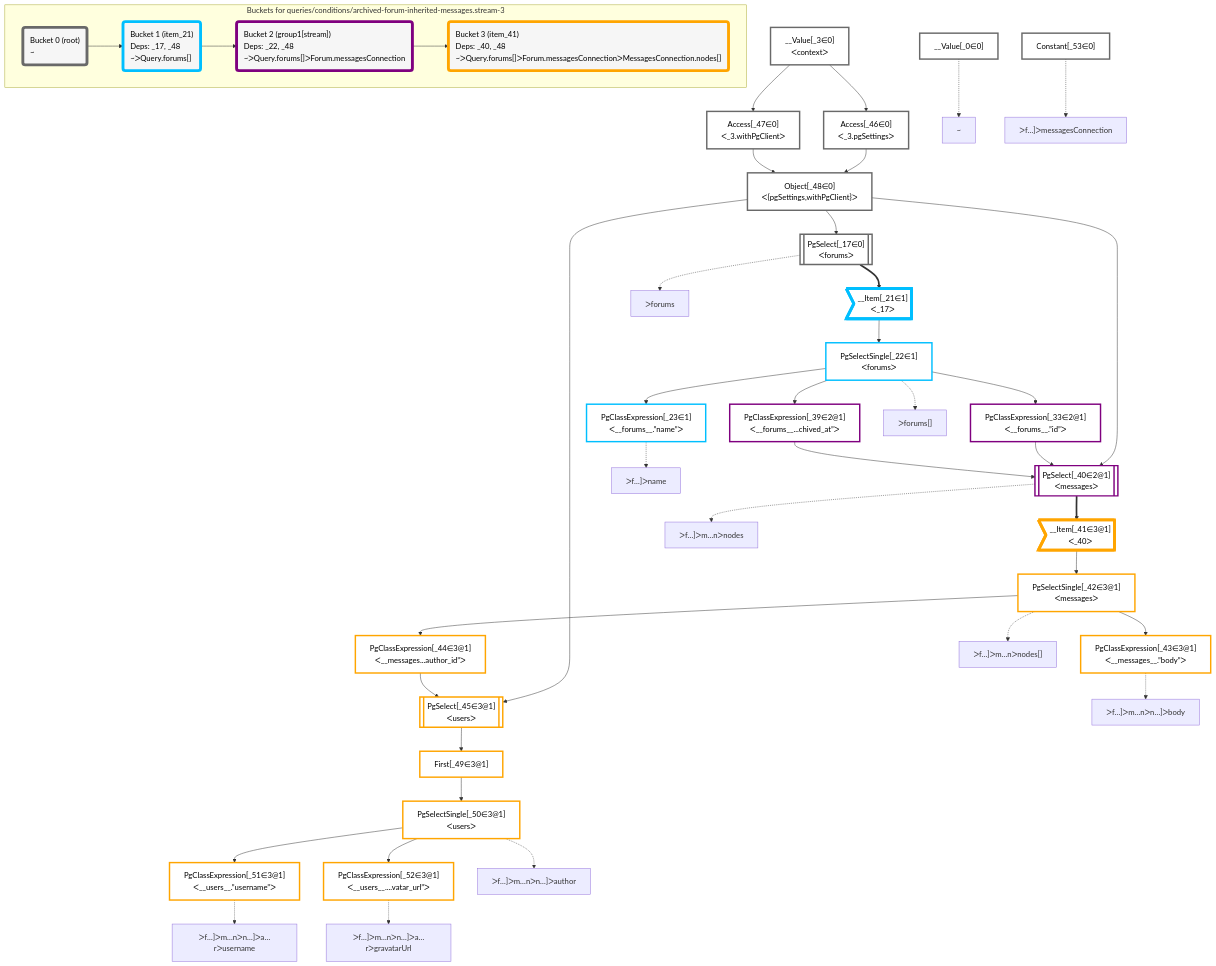
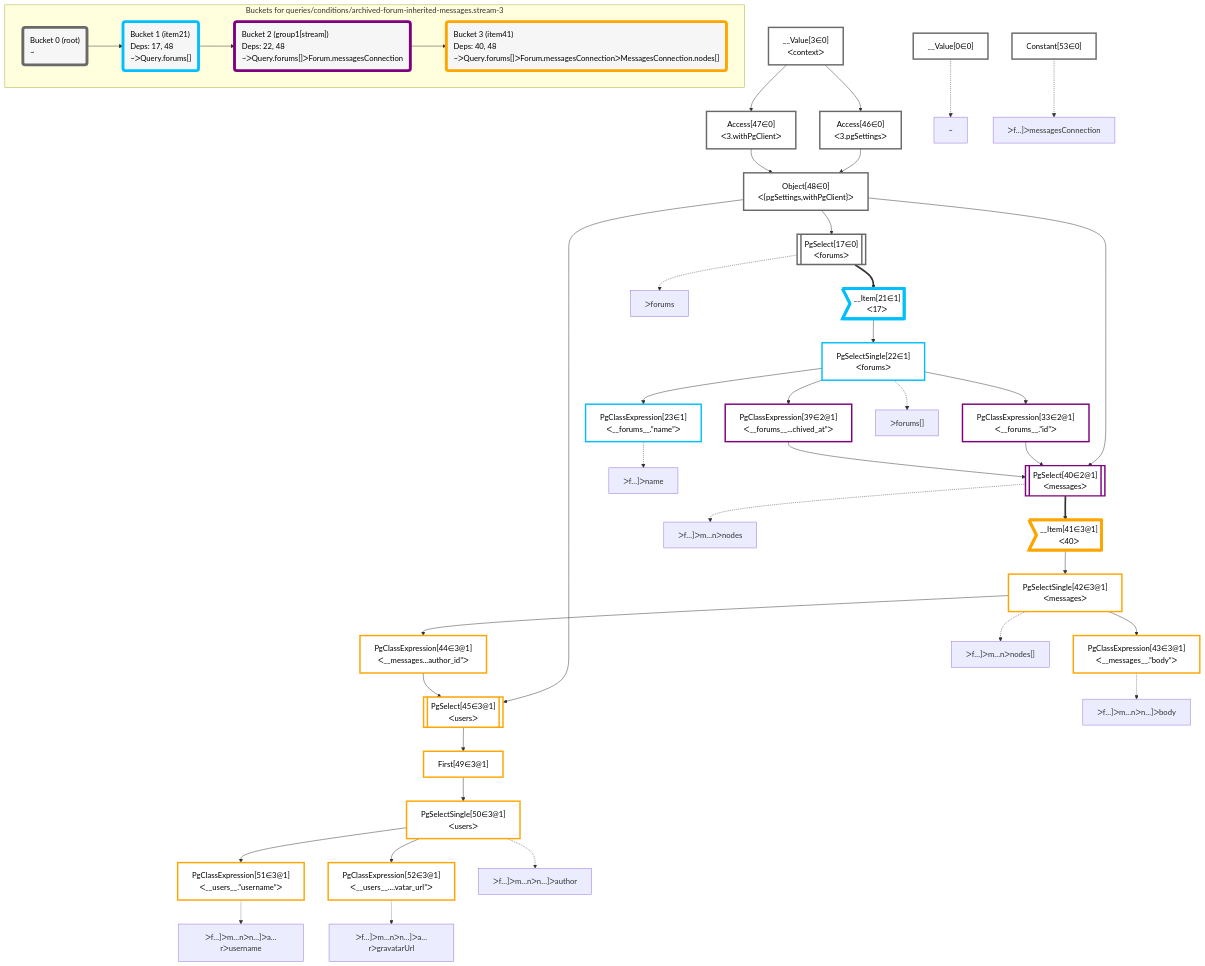
The diagram in packages/dataplan-pg/__tests__/queries/conditions/archived-forum-inherited-messages.stream-3.deopt.mermaid.md (graphile/crystal), drawn with Mermaid before and after one commit. The commit also changed 195 other files, not shown here.

```diff
--- a/packages/dataplan-pg/__tests__/queries/conditions/archived-forum-inherited-messages.stream-3.deopt.mermaid.md
+++ b/packages/dataplan-pg/__tests__/queries/conditions/archived-forum-inherited-messages.stream-3.deopt.mermaid.md
@@ -8,87 +8,87 @@
 
 
     %% define plans
-    __Value_0["__Value[_0∈0]"]:::plan
-    PgClassExpression_23["PgClassExpression[_23∈1]<br />ᐸ__forums__.”name”ᐳ"]:::plan
-    PgClassExpression_43["PgClassExpression[_43∈3@1]<br />ᐸ__messages__.”body”ᐳ"]:::plan
-    PgClassExpression_51["PgClassExpression[_51∈3@1]<br />ᐸ__users__.”username”ᐳ"]:::plan
-    PgClassExpression_52["PgClassExpression[_52∈3@1]<br />ᐸ__users__....vatar_url”ᐳ"]:::plan
-    PgSelectSingle_50["PgSelectSingle[_50∈3@1]<br />ᐸusersᐳ"]:::plan
-    First_49["First[_49∈3@1]"]:::plan
-    PgSelect_45[["PgSelect[_45∈3@1]<br />ᐸusersᐳ"]]:::plan
-    PgClassExpression_44["PgClassExpression[_44∈3@1]<br />ᐸ__messages...author_id”ᐳ"]:::plan
-    PgSelectSingle_42["PgSelectSingle[_42∈3@1]<br />ᐸmessagesᐳ"]:::plan
-    __Item_41>"__Item[_41∈3@1]<br />ᐸ_40ᐳ"]:::itemplan
-    PgSelect_40[["PgSelect[_40∈2@1]<br />ᐸmessagesᐳ"]]:::plan
-    PgClassExpression_33["PgClassExpression[_33∈2@1]<br />ᐸ__forums__.”id”ᐳ"]:::plan
-    PgClassExpression_39["PgClassExpression[_39∈2@1]<br />ᐸ__forums__...chived_at”ᐳ"]:::plan
-    PgSelectSingle_22["PgSelectSingle[_22∈1]<br />ᐸforumsᐳ"]:::plan
-    __Item_21>"__Item[_21∈1]<br />ᐸ_17ᐳ"]:::itemplan
-    PgSelect_17[["PgSelect[_17∈0]<br />ᐸforumsᐳ"]]:::plan
-    Object_48["Object[_48∈0]<br />ᐸ{pgSettings,withPgClient}ᐳ"]:::plan
-    Access_46["Access[_46∈0]<br />ᐸ_3.pgSettingsᐳ"]:::plan
-    Access_47["Access[_47∈0]<br />ᐸ_3.withPgClientᐳ"]:::plan
-    __Value_3["__Value[_3∈0]<br />ᐸcontextᐳ"]:::plan
-    Constant_53["Constant[_53∈0]"]:::plan
+    __Value0["__Value[0∈0]"]:::plan
+    PgClassExpression23["PgClassExpression[23∈1]<br />ᐸ__forums__.”name”ᐳ"]:::plan
+    PgClassExpression43["PgClassExpression[43∈3@1]<br />ᐸ__messages__.”body”ᐳ"]:::plan
+    PgClassExpression51["PgClassExpression[51∈3@1]<br />ᐸ__users__.”username”ᐳ"]:::plan
+    PgClassExpression52["PgClassExpression[52∈3@1]<br />ᐸ__users__....vatar_url”ᐳ"]:::plan
+    PgSelectSingle50["PgSelectSingle[50∈3@1]<br />ᐸusersᐳ"]:::plan
+    First49["First[49∈3@1]"]:::plan
+    PgSelect45[["PgSelect[45∈3@1]<br />ᐸusersᐳ"]]:::plan
+    PgClassExpression44["PgClassExpression[44∈3@1]<br />ᐸ__messages...author_id”ᐳ"]:::plan
+    PgSelectSingle42["PgSelectSingle[42∈3@1]<br />ᐸmessagesᐳ"]:::plan
+    __Item41>"__Item[41∈3@1]<br />ᐸ40ᐳ"]:::itemplan
+    PgSelect40[["PgSelect[40∈2@1]<br />ᐸmessagesᐳ"]]:::plan
+    PgClassExpression33["PgClassExpression[33∈2@1]<br />ᐸ__forums__.”id”ᐳ"]:::plan
+    PgClassExpression39["PgClassExpression[39∈2@1]<br />ᐸ__forums__...chived_at”ᐳ"]:::plan
+    PgSelectSingle22["PgSelectSingle[22∈1]<br />ᐸforumsᐳ"]:::plan
+    __Item21>"__Item[21∈1]<br />ᐸ17ᐳ"]:::itemplan
+    PgSelect17[["PgSelect[17∈0]<br />ᐸforumsᐳ"]]:::plan
+    Object48["Object[48∈0]<br />ᐸ{pgSettings,withPgClient}ᐳ"]:::plan
+    Access46["Access[46∈0]<br />ᐸ3.pgSettingsᐳ"]:::plan
+    Access47["Access[47∈0]<br />ᐸ3.withPgClientᐳ"]:::plan
+    __Value3["__Value[3∈0]<br />ᐸcontextᐳ"]:::plan
+    Constant53["Constant[53∈0]"]:::plan
 
     %% plan dependencies
-    PgSelectSingle_22 --> PgClassExpression_23
-    PgSelectSingle_42 --> PgClassExpression_43
-    PgSelectSingle_50 --> PgClassExpression_51
-    PgSelectSingle_50 --> PgClassExpression_52
-    First_49 --> PgSelectSingle_50
-    PgSelect_45 --> First_49
-    Object_48 & PgClassExpression_44 --> PgSelect_45
-    PgSelectSingle_42 --> PgClassExpression_44
-    __Item_41 --> PgSelectSingle_42
-    PgSelect_40 ==> __Item_41
-    Object_48 & PgClassExpression_33 & PgClassExpression_39 --> PgSelect_40
-    PgSelectSingle_22 --> PgClassExpression_33
-    PgSelectSingle_22 --> PgClassExpression_39
-    __Item_21 --> PgSelectSingle_22
-    PgSelect_17 ==> __Item_21
-    Object_48 --> PgSelect_17
-    Access_46 & Access_47 --> Object_48
-    __Value_3 --> Access_46
-    __Value_3 --> Access_47
+    PgSelectSingle22 --> PgClassExpression23
+    PgSelectSingle42 --> PgClassExpression43
+    PgSelectSingle50 --> PgClassExpression51
+    PgSelectSingle50 --> PgClassExpression52
+    First49 --> PgSelectSingle50
+    PgSelect45 --> First49
+    Object48 & PgClassExpression44 --> PgSelect45
+    PgSelectSingle42 --> PgClassExpression44
+    __Item41 --> PgSelectSingle42
+    PgSelect40 ==> __Item41
+    Object48 & PgClassExpression33 & PgClassExpression39 --> PgSelect40
+    PgSelectSingle22 --> PgClassExpression33
+    PgSelectSingle22 --> PgClassExpression39
+    __Item21 --> PgSelectSingle22
+    PgSelect17 ==> __Item21
+    Object48 --> PgSelect17
+    Access46 & Access47 --> Object48
+    __Value3 --> Access46
+    __Value3 --> Access47
 
     %% plan-to-path relationships
-    P_0["~"]
-    __Value_0 -.-> P_0
-    P_17["ᐳforums"]
-    PgSelect_17 -.-> P_17
-    P_22["ᐳforums[]"]
-    PgSelectSingle_22 -.-> P_22
-    P_23["ᐳf…]ᐳname"]
-    PgClassExpression_23 -.-> P_23
-    P_40["ᐳf…]ᐳm…nᐳnodes"]
-    PgSelect_40 -.-> P_40
-    P_42["ᐳf…]ᐳm…nᐳnodes[]"]
-    PgSelectSingle_42 -.-> P_42
-    P_43["ᐳf…]ᐳm…nᐳn…]ᐳbody"]
-    PgClassExpression_43 -.-> P_43
-    P_50["ᐳf…]ᐳm…nᐳn…]ᐳauthor"]
-    PgSelectSingle_50 -.-> P_50
-    P_51["ᐳf…]ᐳm…nᐳn…]ᐳa…rᐳusername"]
-    PgClassExpression_51 -.-> P_51
-    P_52["ᐳf…]ᐳm…nᐳn…]ᐳa…rᐳgravatarUrl"]
-    PgClassExpression_52 -.-> P_52
-    P_53["ᐳf…]ᐳmessagesConnection"]
-    Constant_53 -.-> P_53
+    P0["~"]
+    __Value0 -.-> P0
+    P17["ᐳforums"]
+    PgSelect17 -.-> P17
+    P22["ᐳforums[]"]
+    PgSelectSingle22 -.-> P22
+    P23["ᐳf…]ᐳname"]
+    PgClassExpression23 -.-> P23
+    P40["ᐳf…]ᐳm…nᐳnodes"]
+    PgSelect40 -.-> P40
+    P42["ᐳf…]ᐳm…nᐳnodes[]"]
+    PgSelectSingle42 -.-> P42
+    P43["ᐳf…]ᐳm…nᐳn…]ᐳbody"]
+    PgClassExpression43 -.-> P43
+    P50["ᐳf…]ᐳm…nᐳn…]ᐳauthor"]
+    PgSelectSingle50 -.-> P50
+    P51["ᐳf…]ᐳm…nᐳn…]ᐳa…rᐳusername"]
+    PgClassExpression51 -.-> P51
+    P52["ᐳf…]ᐳm…nᐳn…]ᐳa…rᐳgravatarUrl"]
+    PgClassExpression52 -.-> P52
+    P53["ᐳf…]ᐳmessagesConnection"]
+    Constant53 -.-> P53
 
     subgraph "Buckets for queries/conditions/archived-forum-inherited-messages.stream-3"
     Bucket0("Bucket 0 (root)<br />~"):::bucket
     classDef bucket0 stroke:#696969
-    class Bucket0,__Value_0,__Value_3,PgSelect_17,Access_46,Access_47,Object_48,Constant_53 bucket0
-    Bucket1("Bucket 1 (item_21)<br />Deps: _17, _48<br />~ᐳQuery.forums[]"):::bucket
+    class Bucket0,__Value0,__Value3,PgSelect17,Access46,Access47,Object48,Constant53 bucket0
+    Bucket1("Bucket 1 (item21)<br />Deps: 17, 48<br />~ᐳQuery.forums[]"):::bucket
     classDef bucket1 stroke:#00bfff
-    class Bucket1,__Item_21,PgSelectSingle_22,PgClassExpression_23 bucket1
-    Bucket2("Bucket 2 (group1[stream])<br />Deps: _22, _48<br />~ᐳQuery.forums[]ᐳForum.messagesConnection"):::bucket
+    class Bucket1,__Item21,PgSelectSingle22,PgClassExpression23 bucket1
+    Bucket2("Bucket 2 (group1[stream])<br />Deps: 22, 48<br />~ᐳQuery.forums[]ᐳForum.messagesConnection"):::bucket
     classDef bucket2 stroke:#7f007f
-    class Bucket2,PgClassExpression_33,PgClassExpression_39,PgSelect_40 bucket2
-    Bucket3("Bucket 3 (item_41)<br />Deps: _40, _48<br />~ᐳQuery.forums[]ᐳForum.messagesConnectionᐳMessagesConnection.nodes[]"):::bucket
+    class Bucket2,PgClassExpression33,PgClassExpression39,PgSelect40 bucket2
+    Bucket3("Bucket 3 (item41)<br />Deps: 40, 48<br />~ᐳQuery.forums[]ᐳForum.messagesConnectionᐳMessagesConnection.nodes[]"):::bucket
     classDef bucket3 stroke:#ffa500
-    class Bucket3,__Item_41,PgSelectSingle_42,PgClassExpression_43,PgClassExpression_44,PgSelect_45,First_49,PgSelectSingle_50,PgClassExpression_51,PgClassExpression_52 bucket3
+    class Bucket3,__Item41,PgSelectSingle42,PgClassExpression43,PgClassExpression44,PgSelect45,First49,PgSelectSingle50,PgClassExpression51,PgClassExpression52 bucket3
     Bucket0 --> Bucket1
     Bucket1 --> Bucket2
     Bucket2 --> Bucket3
```
